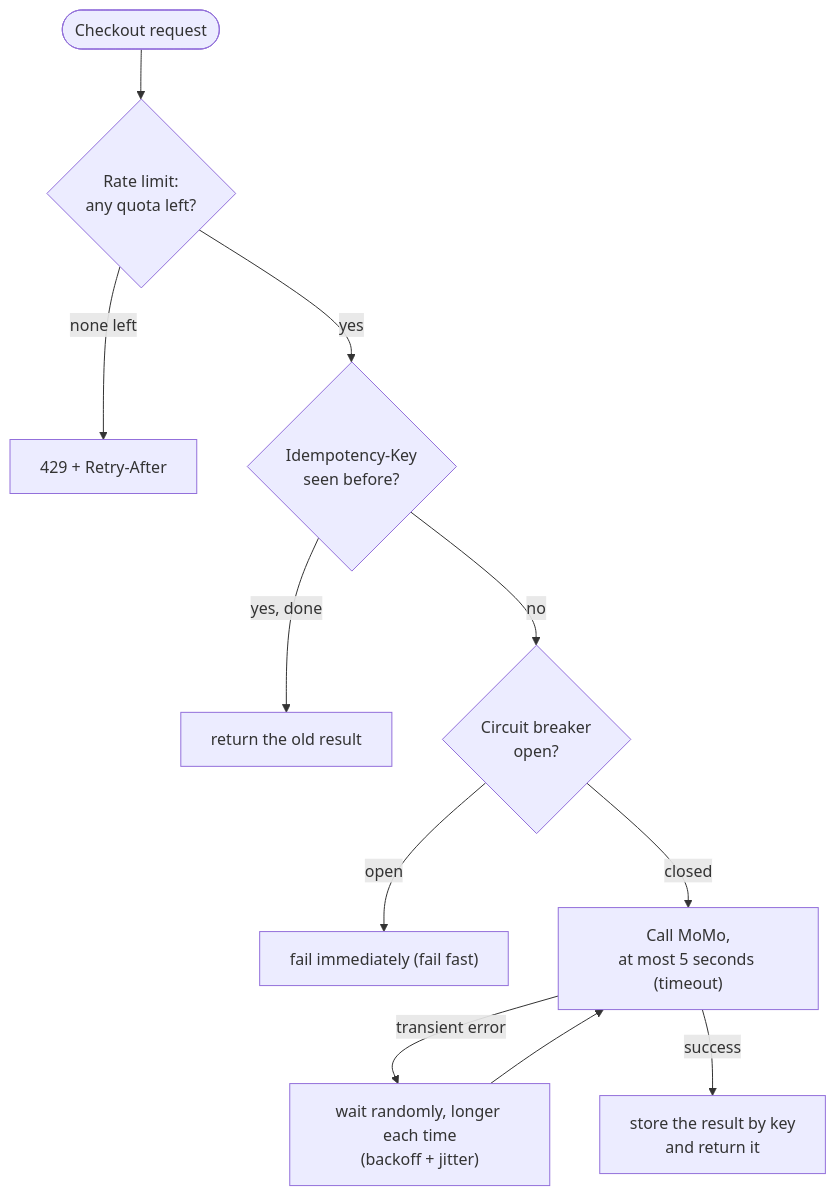
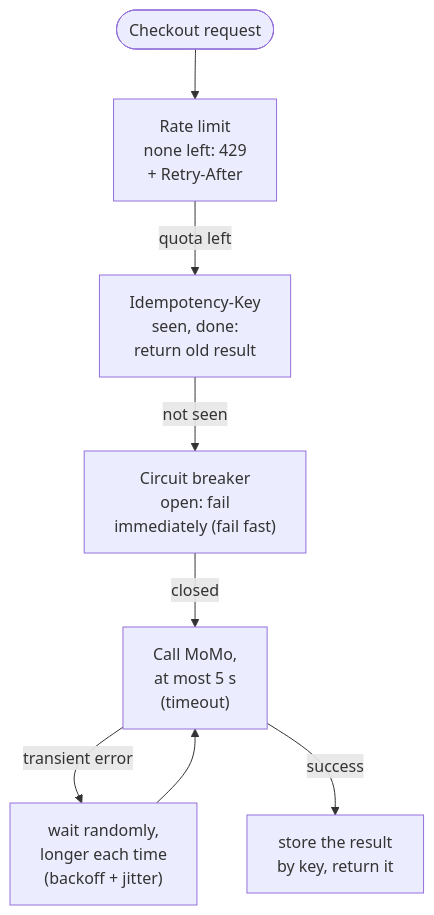
Before and after one commit to duongbui234/software-engineering-atlas: the first of 2 diagrams in content/en/posts/2026-11-18-api-reliability.md, drawn with Mermaid. The commit also changed other lines of this file and 134 other files, not shown here.

First line of the commit message:
Fit every Mermaid diagram at 390px without sideways scroll (#56)

````diff
--- a/content/en/posts/2026-11-18-api-reliability.md
+++ b/content/en/posts/2026-11-18-api-reliability.md
@@ -57,13 +57,10 @@
 ```mermaid
 flowchart TB
-    R([Checkout request]) --> RL{"Rate limit:<br/>any quota left?"}
-    RL -- none left --> E429["429 + Retry-After"]
-    RL -- yes --> ID{"Idempotency-Key<br/>seen before?"}
-    ID -- "yes, done" --> OLD["return the old result"]
-    ID -- no --> CB{"Circuit breaker<br/>open?"}
-    CB -- open --> FF["fail immediately (fail fast)"]
-    CB -- closed --> T["Call MoMo,<br/>at most 5 seconds (timeout)"]
-    T -- "transient error" --> W["wait randomly, longer each time<br/>(backoff + jitter)"]
+    R(["Checkout request"]) --> RL["Rate limit<br/>none left: 429<br/>+ Retry-After"]
+    RL -- quota left --> ID["Idempotency-Key<br/>seen, done:<br/>return old result"]
+    ID -- not seen --> CB["Circuit breaker<br/>open: fail<br/>immediately (fail fast)"]
+    CB -- closed --> T["Call MoMo,<br/>at most 5 s<br/>(timeout)"]
+    T -- "transient error" --> W["wait randomly,<br/>longer each time<br/>(backoff + jitter)"]
     W --> T
-    T -- success --> OK["store the result by key<br/>and return it"]
+    T -- success --> OK["store the result<br/>by key, return it"]
 ```
````
